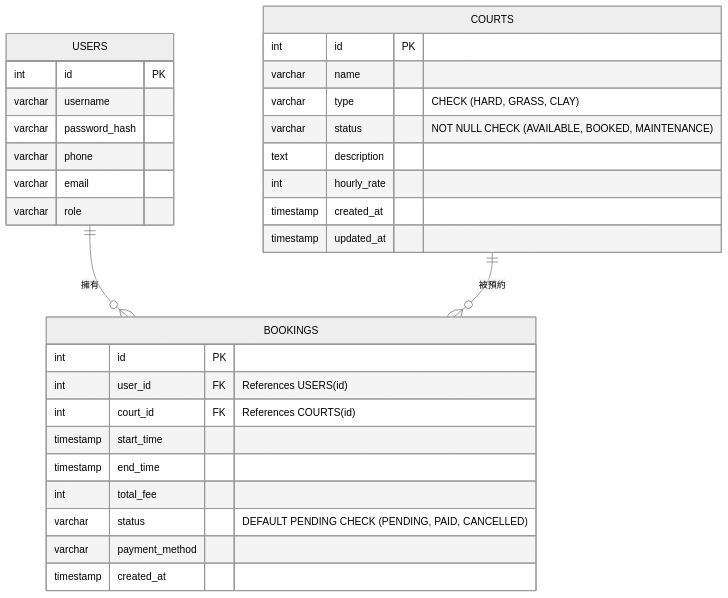
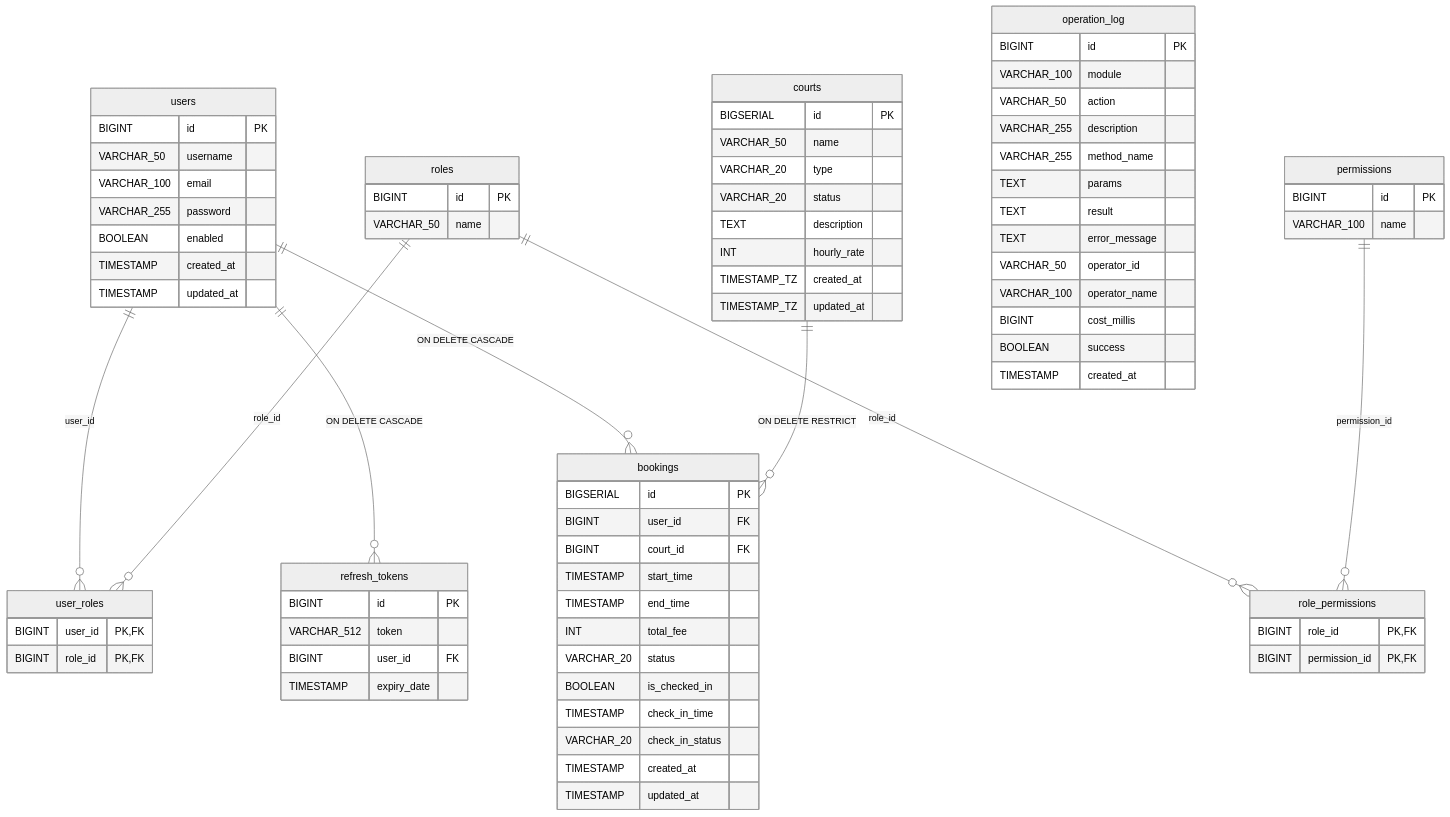
The diagram in README.md (joe1234550-glitch/Book_Court), drawn with Mermaid (neutral theme) before and after one commit.

Commit message:
git 新增說明

````diff
--- a/README.md
+++ b/README.md
@@ -159,37 +159,92 @@
 ```mermaid
 erDiagram
-    USERS {
-        int id PK
-        varchar username
-        varchar password_hash
-        varchar phone
-        varchar email
-        varchar role
+    users {
+        BIGINT id PK
+        VARCHAR_50 username
+        VARCHAR_100 email
+        VARCHAR_255 password
+        BOOLEAN enabled
+        TIMESTAMP created_at
+        TIMESTAMP updated_at
     }
 
-    COURTS {
-        int id PK
-        varchar name
-        varchar type "CHECK (HARD, GRASS, CLAY)"
-        varchar status "NOT NULL CHECK (AVAILABLE, BOOKED, MAINTENANCE)"
-        text description
-        int hourly_rate
-        timestamp created_at
-        timestamp updated_at
+    roles {
+        BIGINT id PK
+        VARCHAR_50 name
     }
 
-    BOOKINGS {
-        int id PK
-        int user_id FK "References USERS(id)"
-        int court_id FK "References COURTS(id)"
-        timestamp start_time
-        timestamp end_time
-        int total_fee
-        varchar status "DEFAULT PENDING CHECK (PENDING, PAID, CANCELLED)"
-        varchar payment_method
-        timestamp created_at
+    permissions {
+        BIGINT id PK
+        VARCHAR_100 name
     }
 
-    USERS ||--o{ BOOKINGS : "擁有"
-    COURTS ||--o{ BOOKINGS : "被預約"
+    user_roles {
+        BIGINT user_id PK,FK
+        BIGINT role_id PK,FK
+    }
+
+    role_permissions {
+        BIGINT role_id PK,FK
+        BIGINT permission_id PK,FK
+    }
+
+    refresh_tokens {
+        BIGINT id PK
+        VARCHAR_512 token
+        BIGINT user_id FK
+        TIMESTAMP expiry_date
+    }
+
+    operation_log {
+        BIGINT id PK
+        VARCHAR_100 module
+        VARCHAR_50 action
+        VARCHAR_255 description
+        VARCHAR_255 method_name
+        TEXT params
+        TEXT result
+        TEXT error_message
+        VARCHAR_50 operator_id
+        VARCHAR_100 operator_name
+        BIGINT cost_millis
+        BOOLEAN success
+        TIMESTAMP created_at
+    }
+
+    courts {
+        BIGSERIAL id PK
+        VARCHAR_50 name
+        VARCHAR_20 type
+        VARCHAR_20 status
+        TEXT description
+        INT hourly_rate
+        TIMESTAMP_TZ created_at
+        TIMESTAMP_TZ updated_at
+    }
+
+    bookings {
+        BIGSERIAL id PK
+        BIGINT user_id FK
+        BIGINT court_id FK
+        TIMESTAMP start_time
+        TIMESTAMP end_time
+        INT total_fee
+        VARCHAR_20 status
+        BOOLEAN is_checked_in
+        TIMESTAMP check_in_time
+        VARCHAR_20 check_in_status
+        TIMESTAMP created_at
+        TIMESTAMP updated_at
+    }
+
+    %% 關聯外鍵約束 (Foreign Keys)
+    users ||--o{ user_roles : "user_id"
+    roles ||--o{ user_roles : "role_id"
+
+    roles ||--o{ role_permissions : "role_id"
+    permissions ||--o{ role_permissions : "permission_id"
+
+    users ||--o{ refresh_tokens : "ON DELETE CASCADE"
+    users ||--o{ bookings : "ON DELETE CASCADE"
+    courts ||--o{ bookings : "ON DELETE RESTRICT"
 ```
````
